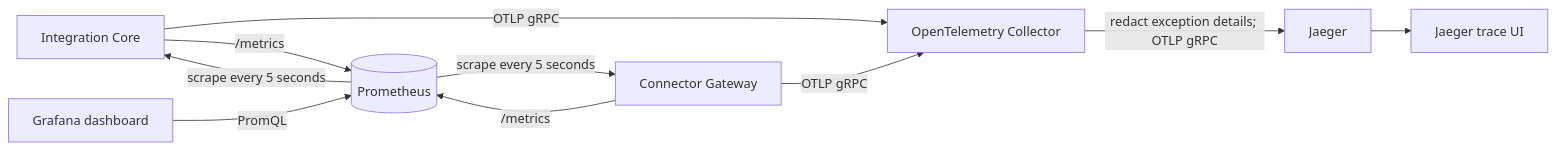
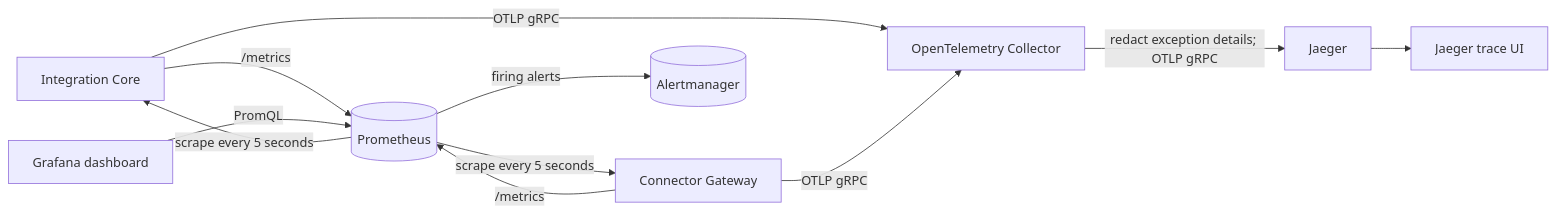
Before and after one commit to PietroRussoD/commerce-integration-hub: the diagram in observability/README.md, drawn with Mermaid. The commit also changed other lines of this file and 9 other files, not shown here.

````diff
--- a/observability/README.md
+++ b/observability/README.md
@@ -7,18 +7,19 @@
 ```mermaid
 flowchart LR
     Core[Integration Core]
     Gateway[Connector Gateway]
     Collector[OpenTelemetry Collector]
     Prometheus[(Prometheus)]
     Grafana[Grafana dashboard]
     Core -->|OTLP gRPC| Collector
     Gateway -->|OTLP gRPC| Collector
     Collector -->|redact exception details; OTLP gRPC| Jaeger[Jaeger]
     Jaeger[Jaeger] --> TraceUI[Jaeger trace UI]
 
     Core -->|/metrics| Prometheus
     Gateway -->|/metrics| Prometheus
     Prometheus -->|scrape every 5 seconds| Core
     Prometheus -->|scrape every 5 seconds| Gateway
     Grafana -->|PromQL| Prometheus
+    Prometheus -->|firing alerts| Alertmanager[(Alertmanager)]
 ```
````
